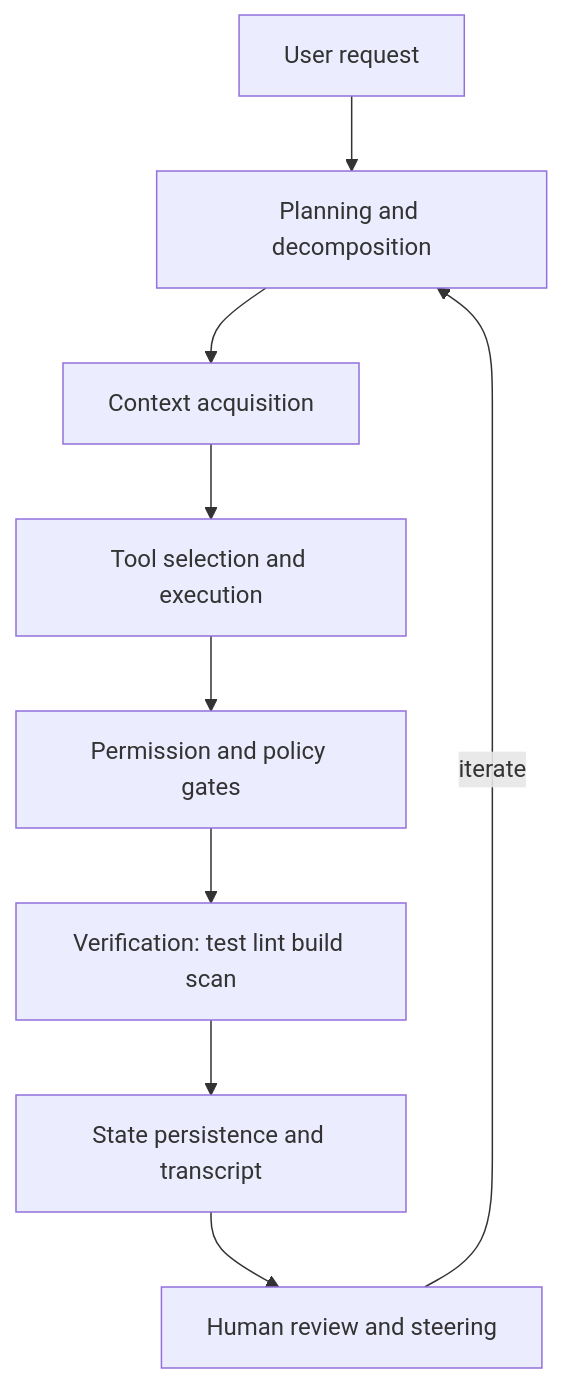
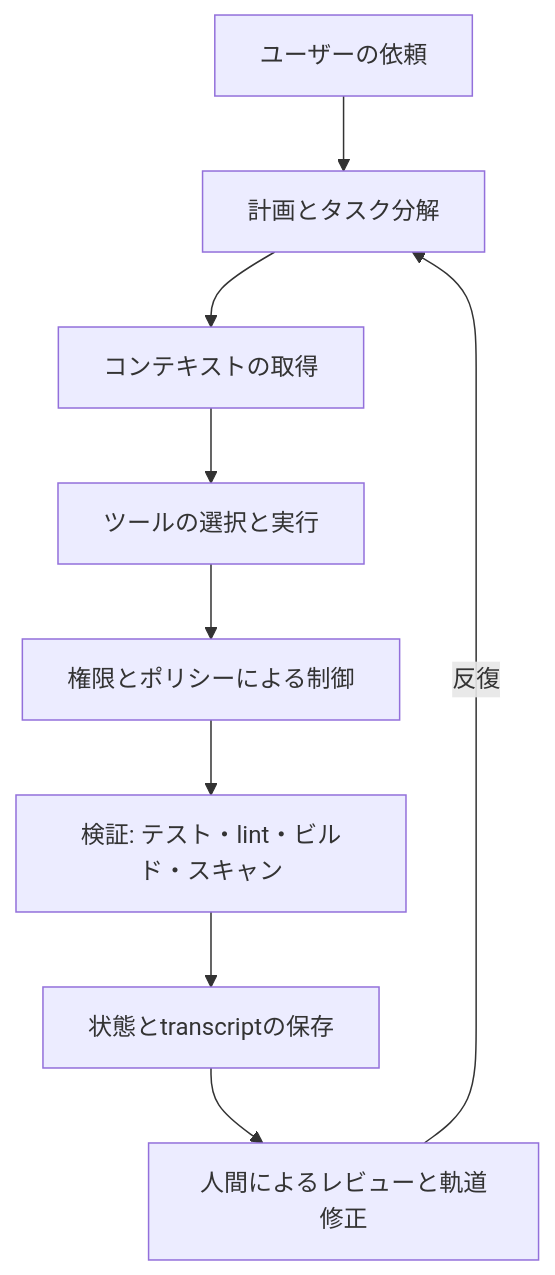
The diagram in content/blog/ja/agent-harness-landscape-2026.mdx (yoichiozaki/yoichiozaki.github.io), drawn with Mermaid before and after one commit. The commit also changed other lines of this file and 220 other files, not shown here.

````diff
--- a/content/blog/ja/agent-harness-landscape-2026.mdx
+++ b/content/blog/ja/agent-harness-landscape-2026.mdx
@@ -57,11 +55,11 @@
 ```mermaid
 flowchart TD
-    U[User request] --> P[Planning and decomposition]
-    P --> C[Context acquisition]
-    C --> T[Tool selection and execution]
-    T --> G[Permission and policy gates]
-    G --> V[Verification: test lint build scan]
-    V --> S[State persistence and transcript]
-    S --> H[Human review and steering]
-    H -->|iterate| P
+    U[ユーザーの依頼] --> P[計画とタスク分解]
+    P --> C[コンテキストの取得]
+    C --> T[ツールの選択と実行]
+    T --> G[権限とポリシーによる制御]
+    G --> V[検証: テスト・lint・ビルド・スキャン]
+    V --> S[状態とtranscriptの保存]
+    S --> H[人間によるレビューと軌道修正]
+    H -->|反復| P
 ```
````
